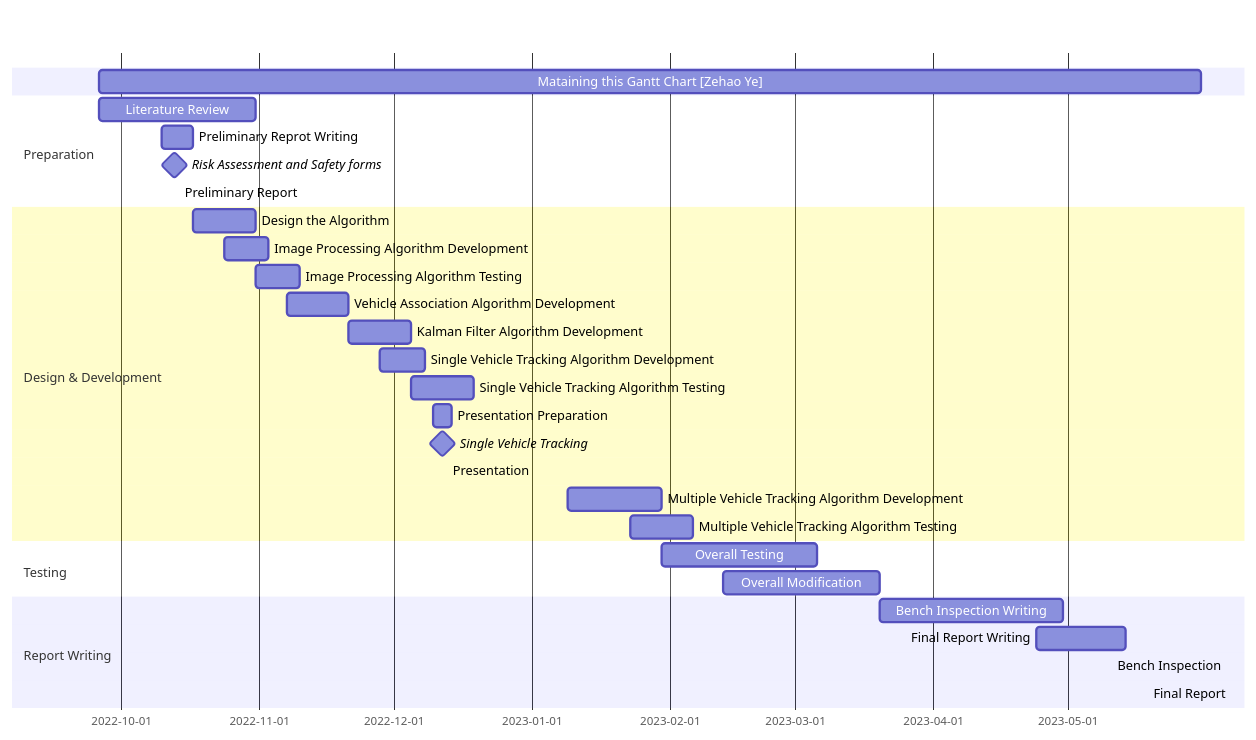
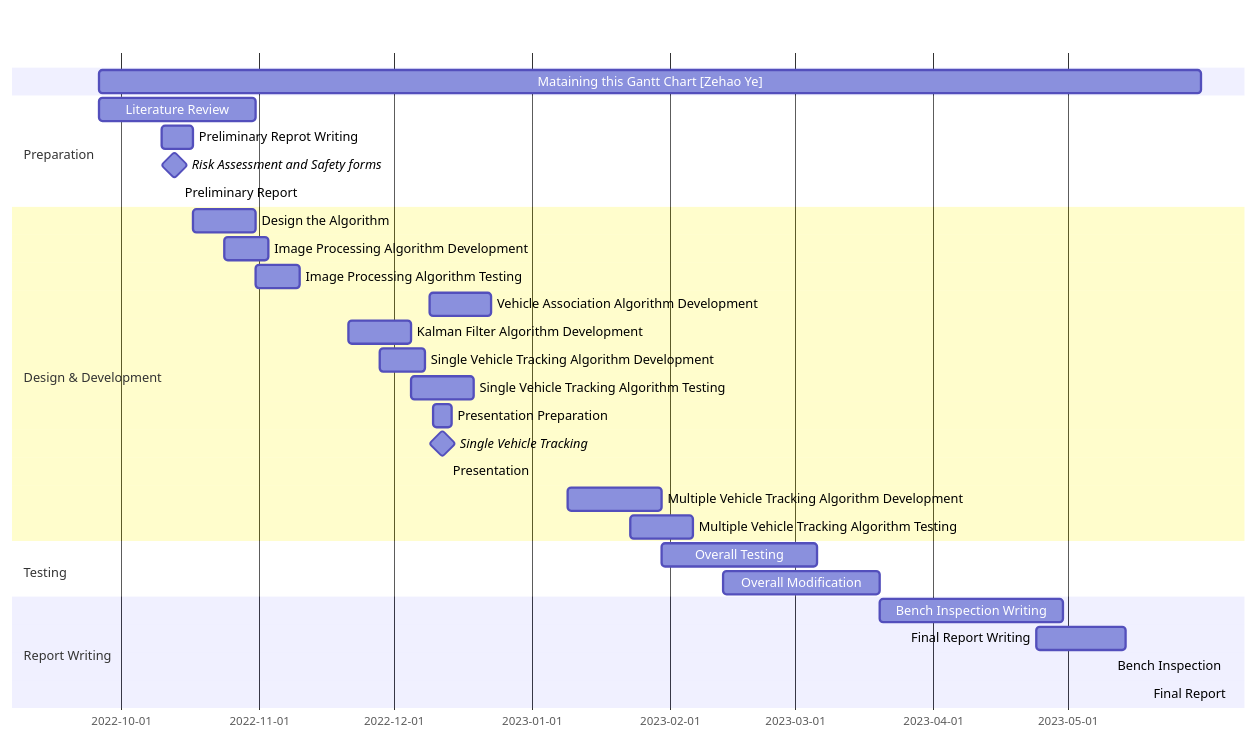
The diagram in README.md (yezehao/final-year-project), drawn with Mermaid before and after one commit.

Commit message:
modify the Gannt Chart

````diff
--- a/README.md
+++ b/README.md
@@ -18,38 +18,38 @@
 ```mermaid
 gantt
     dateFormat  YYYY-MM-DD
 
     Mataining this Gantt Chart [Zehao Ye] : 2022-09-26, 2023-05-31
 
     section Preparation
     Literature Review : prepare, 2022-09-26, 35d
     Preliminary Reprot Writing : reprot writing, 2022-10-10, 7d
     Risk Assessment and Safety forms : milestone, 2022-10-13, 0d
     Preliminary Report : crit, 2022-10-14, 0d
 
     section Design & Development
     Design the Algorithm : 2022-10-17, 14d
     Image Processing Algorithm Development : 2022-10-24, 10d
-    Image Processing Algorithm Testing : 2022-10-31, 10d
-    Vehicle Association Algorithm Development : 2022-11-7, 14d
+    Image Processing Algorithm Testing : imgprocessing test, 2022-10-31, 10d
+    Vehicle Association Algorithm Development : after imgprocessing test, 14d
     Kalman Filter Algorithm Development : 2022-11-21, 14d
     Single Vehicle Tracking Algorithm Development : 2022-11-28, 10d
     Single Vehicle Tracking Algorithm Testing : 2022-12-5, 14d
     Presentation Preparation : 2022-12-10, 4d
     Single Vehicle Tracking : milestone, 2022-12-12, 0d
     Presentation : crit, 2022-12-13, 0d
     Multiple Vehicle Tracking Algorithm Development: 2023-01-09, 21d
     Multiple Vehicle Tracking Algorithm Testing: 2023-01-23, 14d
 
 
     section Testing
     Overall Testing: 2023-01-30, 35d
     Overall Modification : 2023-02-13, 35d
 
     section Report Writing
     Bench Inspection Writing : 2023-03-20, 2023-04-30
     Final Report Writing : 2023-04-24, 2023-05-14
     Bench Inspection : crit, 2023-05-11, 0d
     Final Report : crit, 2023-05-19, 0d
 
 ```
````
